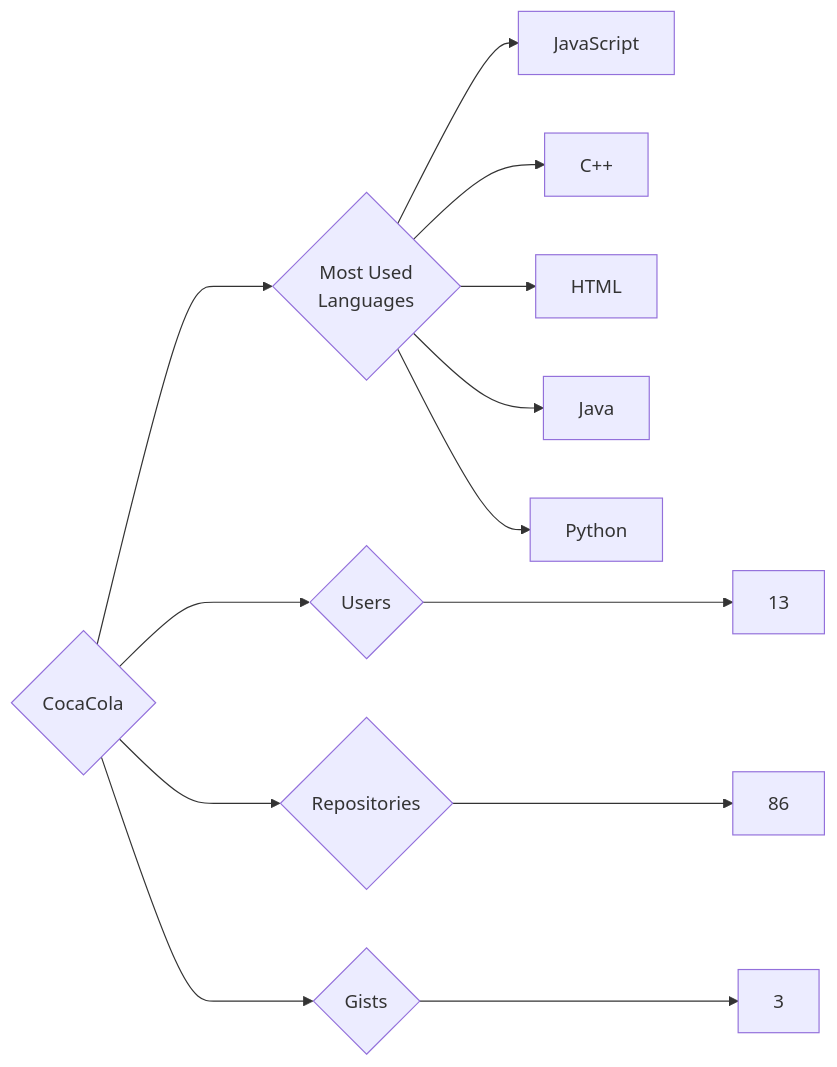
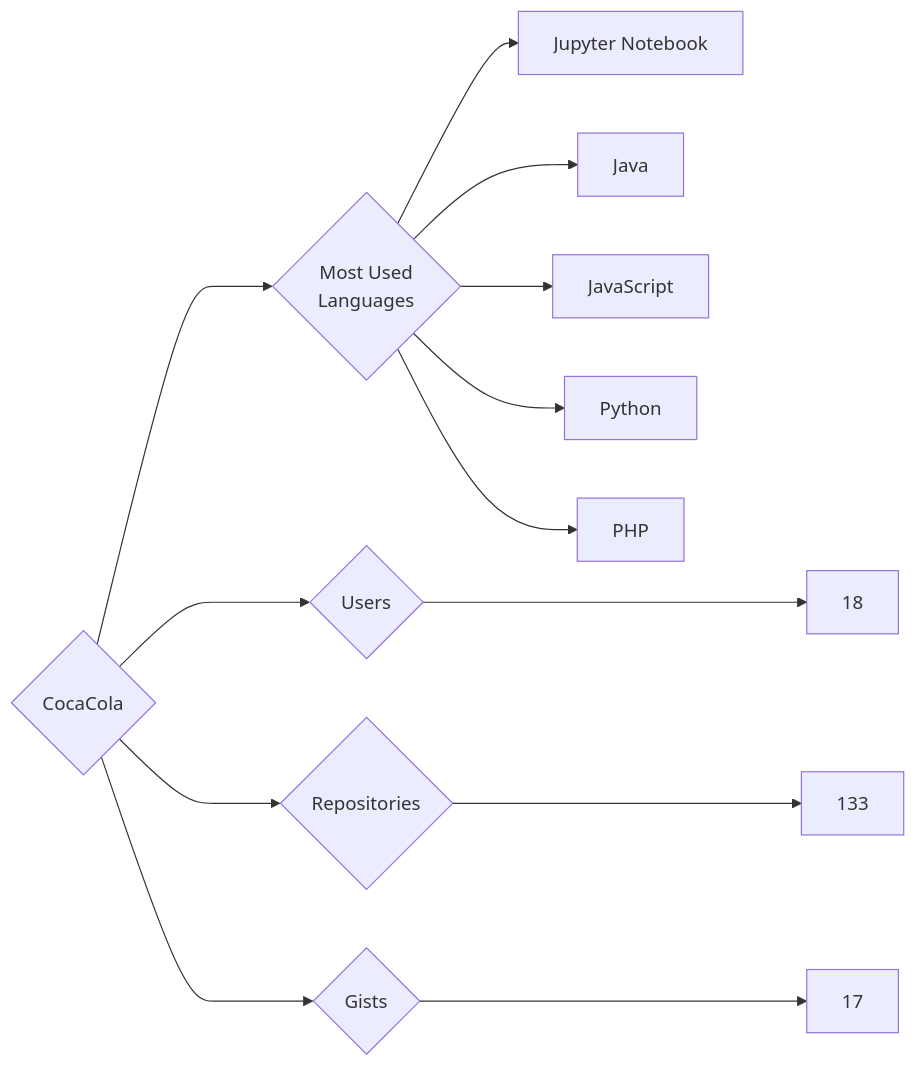
The diagram in targets/CocaCola/README.md (trickest/insiders), drawn with Mermaid before and after one commit. The commit also changed 951 other files, not shown here.

````diff
--- a/targets/CocaCola/README.md
+++ b/targets/CocaCola/README.md
@@ -3,13 +3,13 @@
 ```mermaid
 graph LR
 COMPANY_NAME{CocaCola}
-COMPANY_NAME ---> U{Users} ---> UN[13]
-COMPANY_NAME ---> R{Repositories} ---> RN[86]
-COMPANY_NAME ---> G{Gists} ---> GN[3]
+COMPANY_NAME ---> U{Users} ---> UN[18]
+COMPANY_NAME ---> R{Repositories} ---> RN[133]
+COMPANY_NAME ---> G{Gists} ---> GN[17]
 COMPANY_NAME ---> ML{Most Used<br>Languages}
-ML --> JavaScript
-ML --> C++
-ML --> HTML
-ML --> Java
-ML --> Python
+ML --> Jupyter_Notebook[Jupyter Notebook]
+ML --> Java[Java]
+ML --> JavaScript[JavaScript]
+ML --> Python[Python]
+ML --> PHP[PHP]
 ```
````
